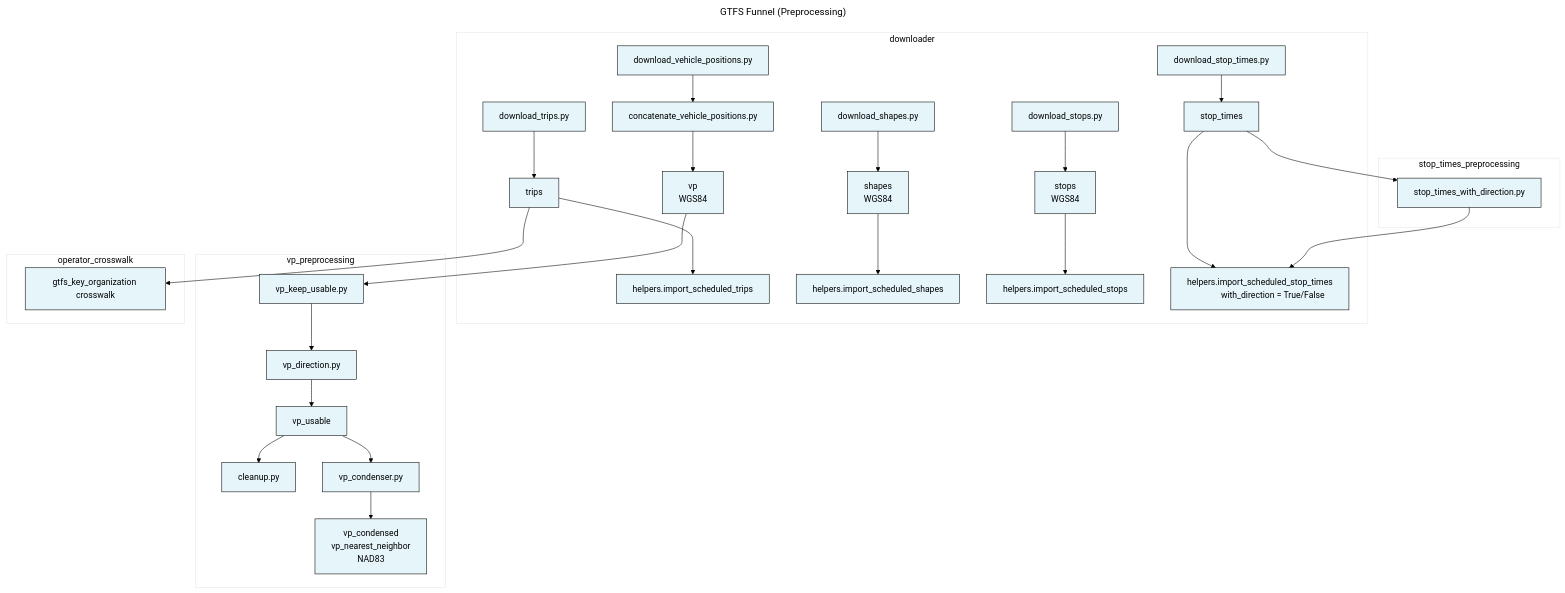
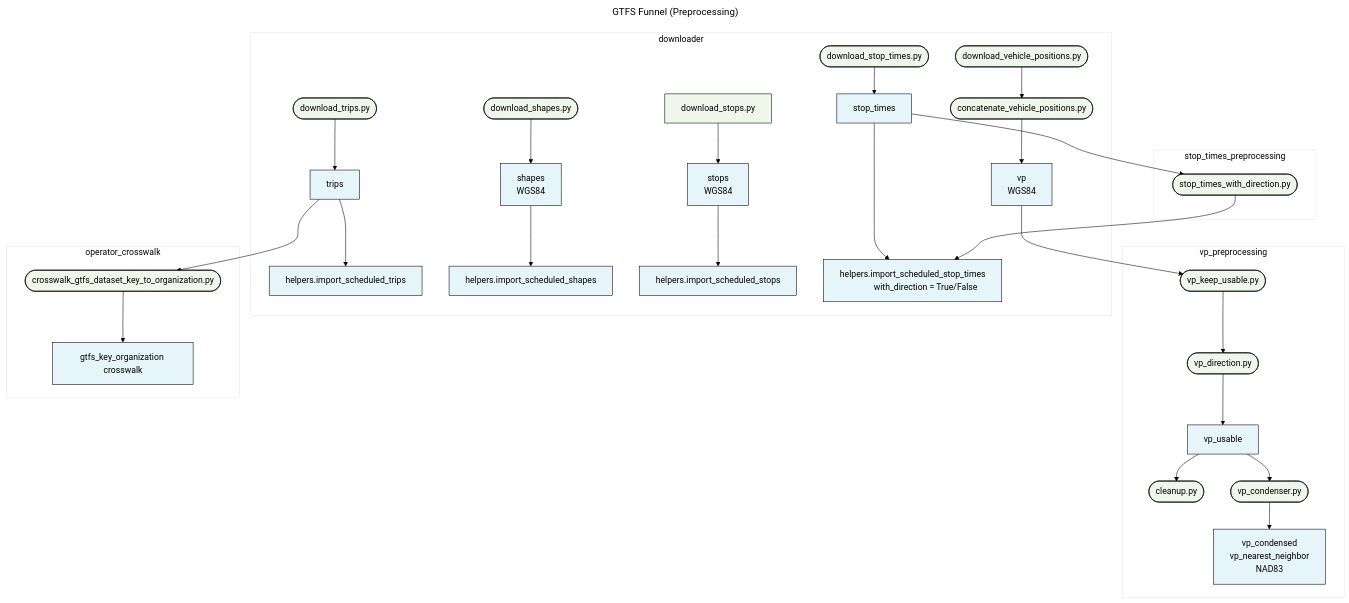
Before and after one commit to cal-itp/data-analyses: the diagram in gtfs_funnel/mermaid.md, drawn with Mermaid. The commit also changed 1 other file, not shown here.

Commit message:
add styles

````diff
--- a/gtfs_funnel/mermaid.md
+++ b/gtfs_funnel/mermaid.md
@@ -1,56 +1,67 @@
 ```mermaid
 ---
 title: GTFS Funnel (Preprocessing)
 ---
 %%{
   init: {
     'theme': 'base',
     'themeVariables': {
       'primaryColor': '#E5F5FA',
       'primaryTextColor': '#000',
       'primaryBorderColor': '#000',
       'lineColor': '#000',
       'secondaryColor': '#EFF7EB',
       'tertiaryColor': '#fff'
     }
   }
 }%%
 
 graph TB
     
     subgraph downloader
-        A1[download_trips.py] --> A[trips] --> 
+        classDef df fill:#E5F5FA
+        classDef script fill:#EFF7EB
+
+        A1([download_trips.py]):::script --> 
+            A[trips]:::df --> 
             helpers.import_scheduled_trips;
-        B1[download_shapes.py] --> B[shapes 
-        WGS84] --> helpers.import_scheduled_shapes;
-        C1[download_stops.py] --> C[stops 
-        WGS84] --> helpers.import_scheduled_stops;
-        D1[download_stop_times.py] --> D[stop_times] --> 
+        B1([download_shapes.py]):::script --> 
+            B[shapes<br>WGS84]:::df --> 
+            helpers.import_scheduled_shapes;
+        C1[download_stops.py]:::script --> 
+            C[stops<br>WGS84]:::df --> 
+            helpers.import_scheduled_stops;
+        D1([download_stop_times.py]):::script --> 
+            D[stop_times]:::df --> 
             D2[helpers.import_scheduled_stop_times
-            with_direction = True/False
-            ];
-        E1[download_vehicle_positions.py] --> E2[concatenate_vehicle_positions.py] 
-            --> E[vp 
-            WGS84];
+            with_direction = True/False];
+        E1([download_vehicle_positions.py]):::script --> 
+            E2([concatenate_vehicle_positions.py]):::script 
+            --> E[vp<br>WGS84]:::df;
 
     end
 
     subgraph stop_times_preprocessing
-        D --> D3[stop_times_with_direction.py] --> D2;
+        D --> 
+        D3([stop_times_with_direction.py]):::script --> 
+        D2;
 
     end
 
     subgraph vp_preprocessing
-        E --> E3[vp_keep_usable.py] --> E4[vp_direction.py] 
-        --> F[vp_usable] --> E5[cleanup.py];
-        F --> F1[vp_condenser.py] --> F2[vp_condensed
-        vp_nearest_neighbor
-        NAD83];
+        E --> E3([vp_keep_usable.py]):::script --> 
+            E4([vp_direction.py]):::script --> 
+            F[vp_usable]:::df --> 
+            E5([cleanup.py]):::script;
+        F --> F1([vp_condenser.py]):::script --> 
+            F2[vp_condensed<br>vp_nearest_neighbor<br>NAD83]:::df;
     
     end
 
     subgraph operator_crosswalk
-        A --> G[gtfs_key_organization crosswalk];
+        A --> 
+            G1([crosswalk_gtfs_dataset_key_to_organization.py]):::script 
+            --> G[gtfs_key_organization crosswalk]:::df;
 
     end
 ```
````
